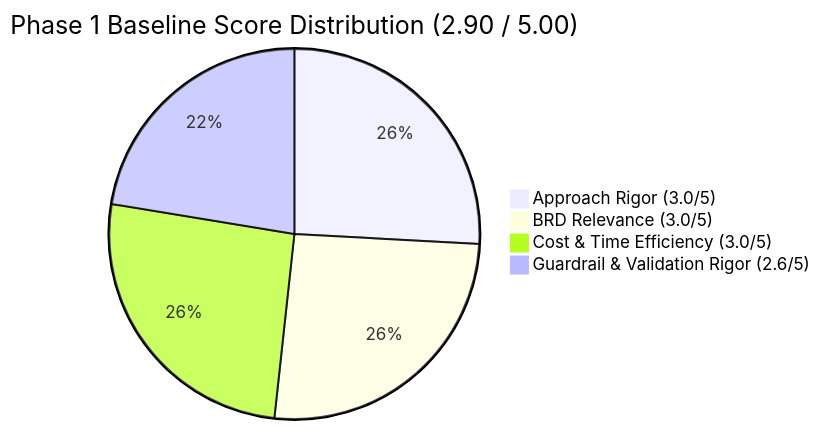
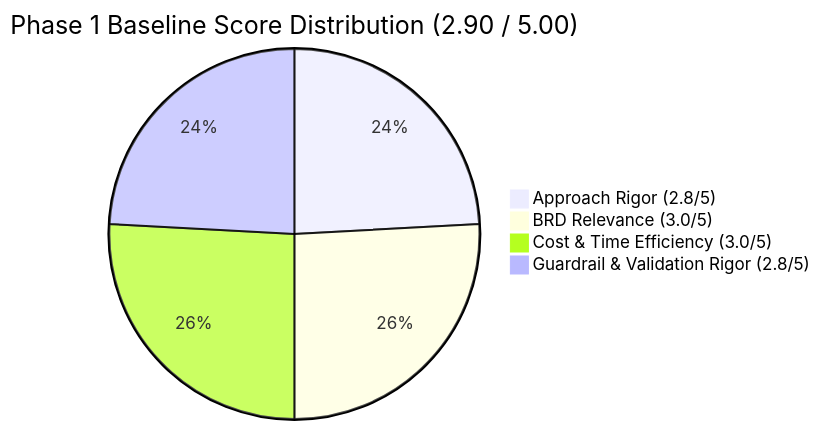
One commit to epapayu/da-advance-eval changed the diagram in improvement_plan.md. Above: the diagram before and after it, drawn with Mermaid. The commit also changed other lines of this file and 4 other files, not shown here.

````diff
--- a/improvement_plan.md
+++ b/improvement_plan.md
@@ -18,7 +18,7 @@
 ```mermaid
 pie title Phase 1 Baseline Score Distribution (2.90 / 5.00)
-    "Approach Rigor (3.0/5)" : 30
+    "Approach Rigor (2.8/5)" : 28
     "BRD Relevance (3.0/5)" : 30
     "Cost & Time Efficiency (3.0/5)" : 30
-    "Guardrail & Validation Rigor (2.6/5)" : 26
+    "Guardrail & Validation Rigor (2.8/5)" : 28
 ```
````
